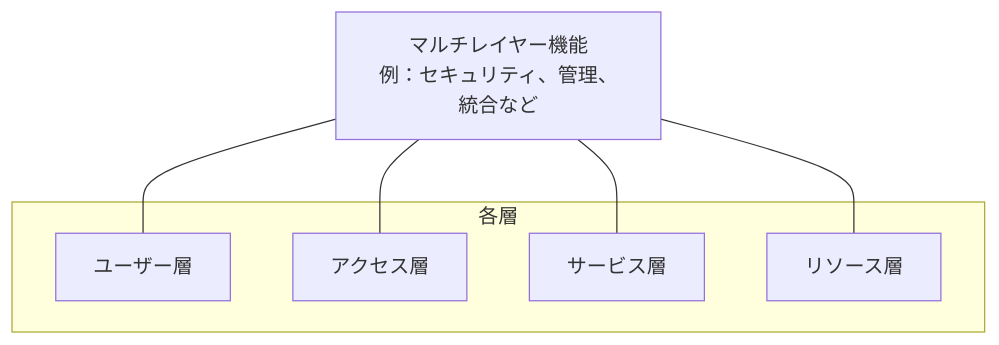
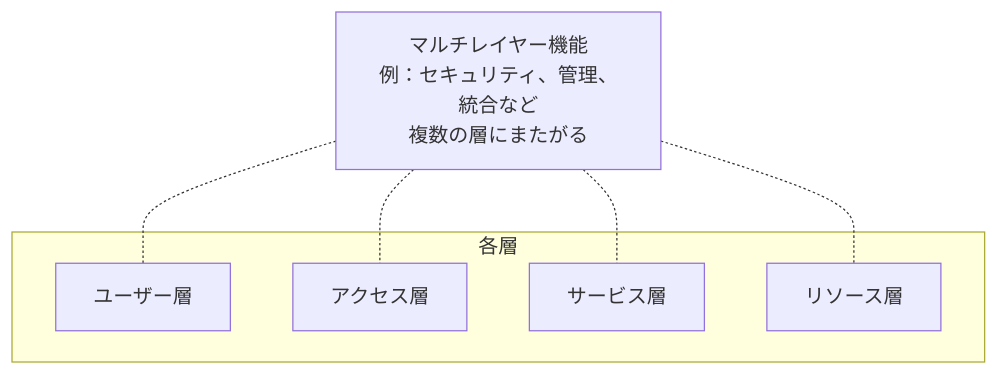
Diagram 12 of 20 in Iso-iec-22123-3-2023-guide.md (myoshi2891/Cloud-Infrastructure-and-Network-Studies), drawn with Mermaid before and after one commit. The commit also changed other lines of this file and 7 other files, not shown here.

````diff
--- a/Iso-iec-22123-3-2023-guide.md
+++ b/Iso-iec-22123-3-2023-guide.md
@@ -454,14 +454,14 @@
 ```mermaid
 flowchart TB
     subgraph L["各層"]
         UL2["ユーザー層"]
         AL2["アクセス層"]
         SL2["サービス層"]
         RL2["リソース層"]
     end
-    ML["マルチレイヤー機能<br/>例：セキュリティ、管理、統合など"]
-    ML --- UL2
-    ML --- AL2
-    ML --- SL2
-    ML --- RL2
+    ML["マルチレイヤー機能<br/>例：セキュリティ、管理、統合など<br/>複数の層にまたがる"]
+    ML -.- UL2
+    ML -.- AL2
+    ML -.- SL2
+    ML -.- RL2
 ```
````
